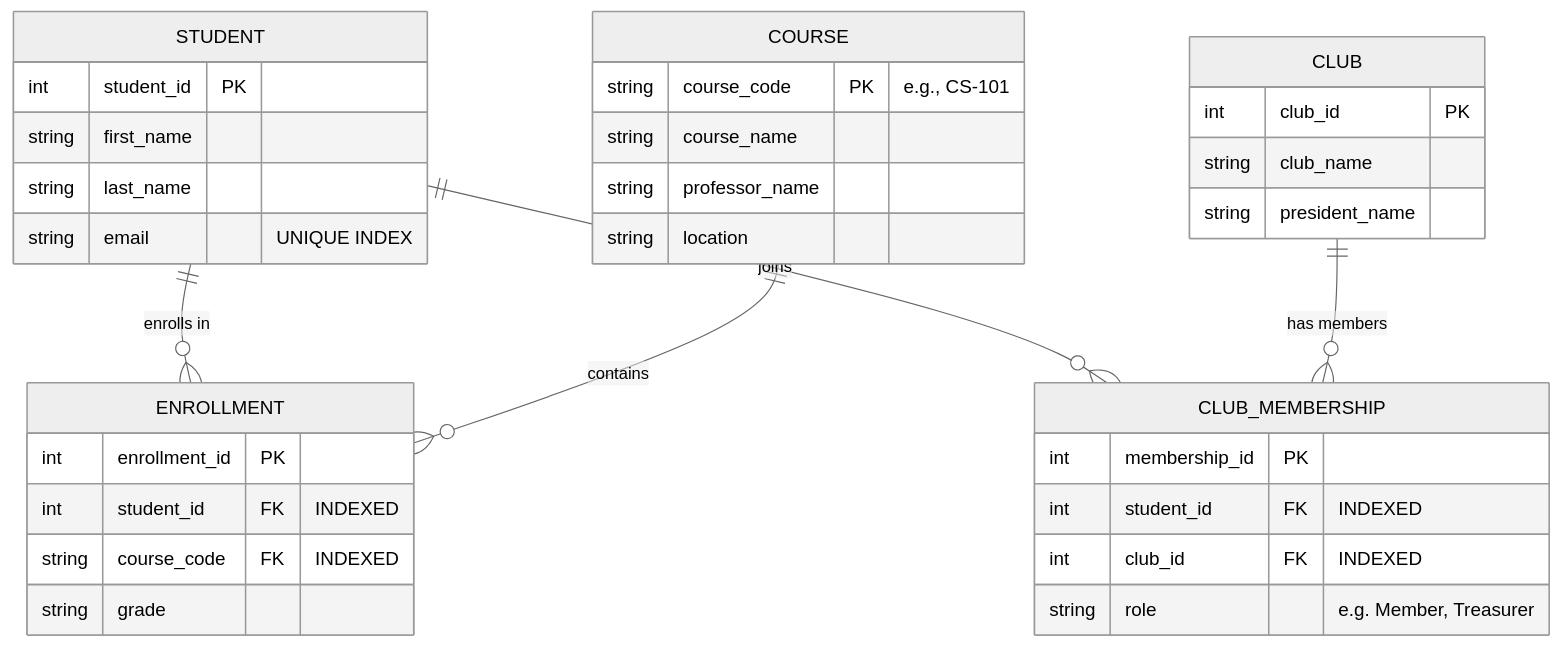
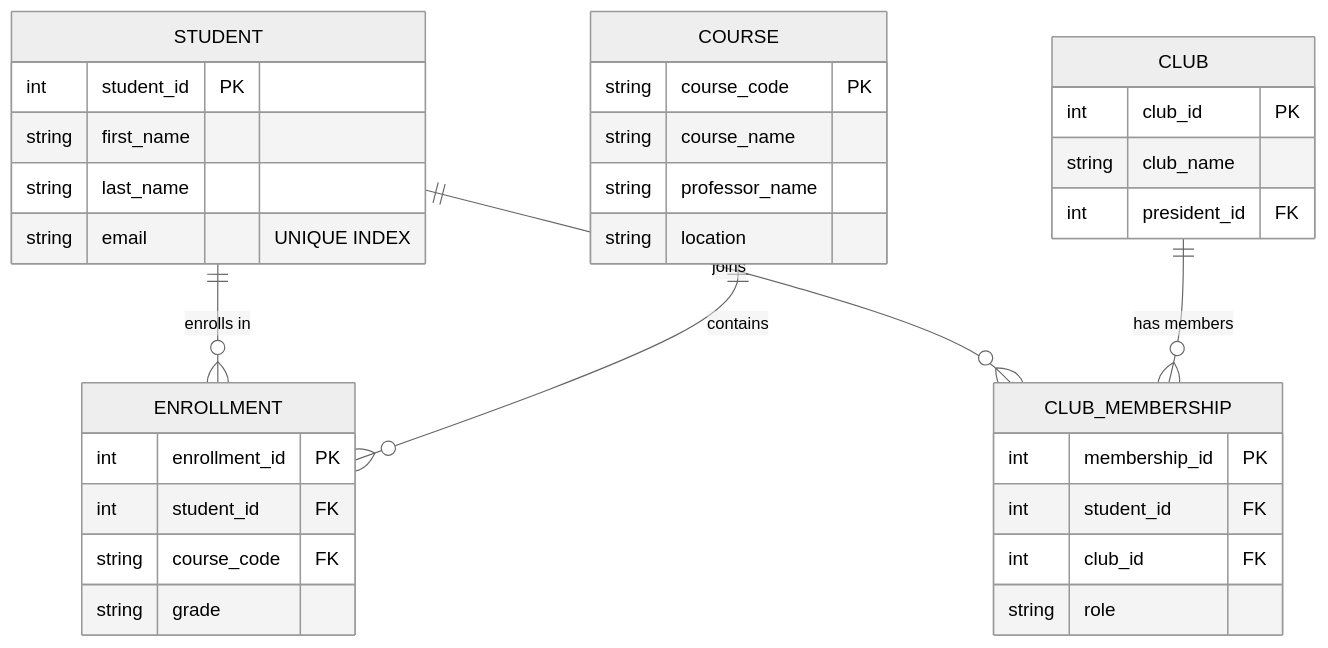
Before and after one commit to aguo890/ForgeLaunchJan302026: the first of 2 diagrams in docs/system_design_strategy.md, drawn with Mermaid (neutral theme). The commit also changed other lines of this file and 3 other files, not shown here.

````diff
--- a/docs/system_design_strategy.md
+++ b/docs/system_design_strategy.md
@@ -183,41 +122,37 @@
 ```mermaid
 erDiagram
     STUDENT ||--o{ ENROLLMENT : "enrolls in"
     COURSE ||--o{ ENROLLMENT : "contains"
     STUDENT ||--o{ CLUB_MEMBERSHIP : "joins"
     CLUB ||--o{ CLUB_MEMBERSHIP : "has members"
 
     STUDENT {
         int student_id PK
         string first_name
         string last_name
         string email "UNIQUE INDEX"
     }
-
     COURSE {
-        string course_code PK "e.g., CS-101"
+        string course_code PK
         string course_name
         string professor_name
         string location
     }
-
+    ENROLLMENT {
+        int enrollment_id PK
+        int student_id FK
+        string course_code FK
+        string grade
+    }
     CLUB {
         int club_id PK
         string club_name
-        string president_name
+        int president_id FK
     }
-
-    ENROLLMENT {
-        int enrollment_id PK
-        int student_id FK "INDEXED"
-        string course_code FK "INDEXED"
-        string grade
-    }
-
     CLUB_MEMBERSHIP {
         int membership_id PK
-        int student_id FK "INDEXED"
-        int club_id FK "INDEXED"
-        string role "e.g. Member, Treasurer"
+        int student_id FK
+        int club_id FK
+        string role
     }
 ```
````
